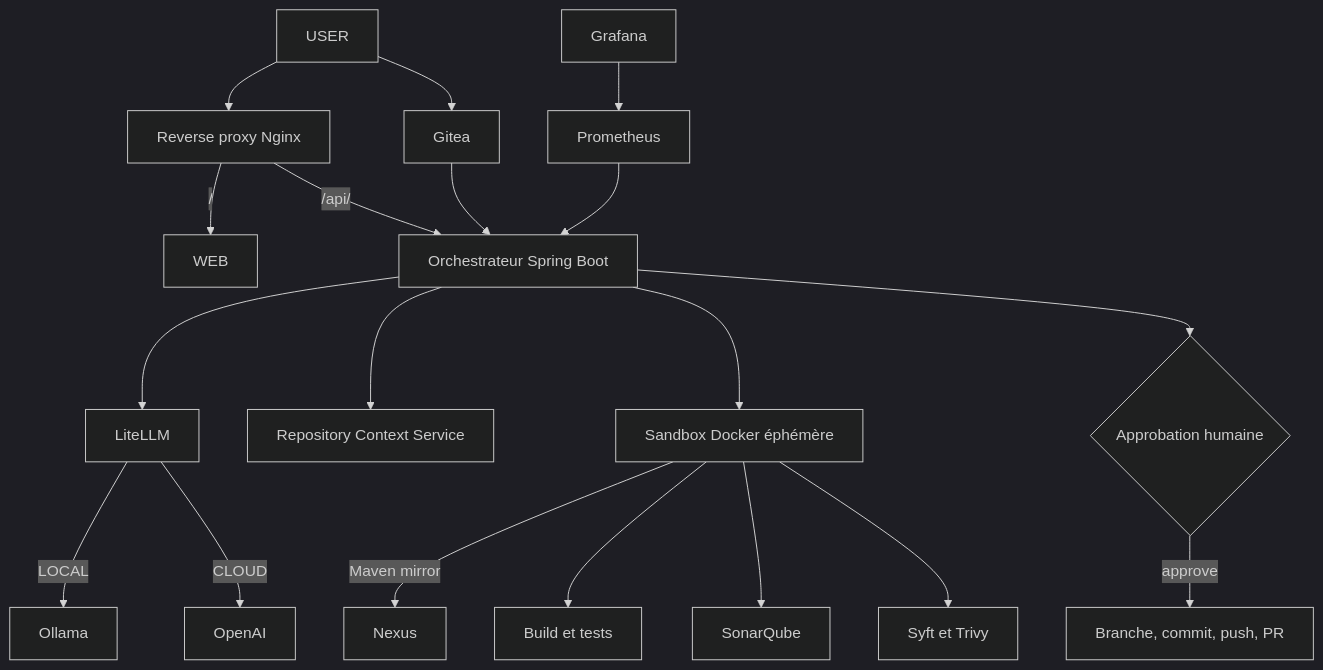
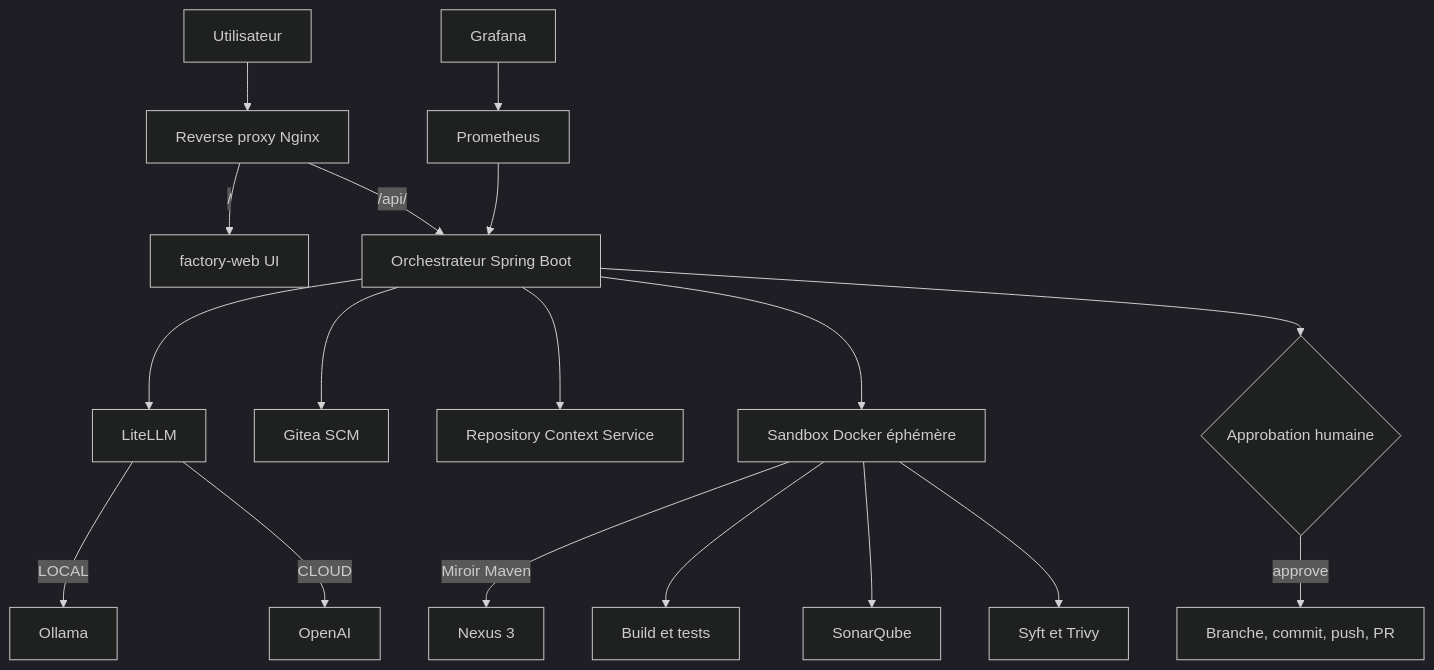
Before and after one commit to dbeaumont/ai-software-factory-local: the first of 3 diagrams in docs/architecture.md, drawn with Mermaid (dark theme). The commit also changed other lines of this file and 5 other files, not shown here.

````diff
--- a/docs/architecture.md
+++ b/docs/architecture.md
@@ -16,21 +16,20 @@
 ```mermaid
 flowchart TB
-  USER --> GITEA[Gitea]
-  USER --> PROXY[Reverse proxy Nginx]
-  PROXY -->|/| WEB
+  USER[Utilisateur] --> PROXY[Reverse proxy Nginx]
+  PROXY -->|/| WEB[factory-web UI]
   PROXY -->|/api/| ORCH[Orchestrateur Spring Boot]
   ORCH --> LLM[LiteLLM]
   LLM -->|LOCAL| OLLAMA[Ollama]
   LLM -->|CLOUD| OPENAI[OpenAI]
-  GITEA --> ORCH
+  ORCH --> GITEA[Gitea SCM]
   ORCH --> CTX[Repository Context Service]
   ORCH --> SANDBOX[Sandbox Docker éphémère]
-  SANDBOX -->|Maven mirror| NEXUS[Nexus]
+  SANDBOX -->|Miroir Maven| NEXUS[Nexus 3]
   SANDBOX --> TESTS[Build et tests]
   SANDBOX --> SONAR[SonarQube]
   SANDBOX --> SEC[Syft et Trivy]
   ORCH --> APPROVAL{Approbation humaine}
   APPROVAL -->|approve| PR[Branche, commit, push, PR]
   PROM[Prometheus] --> ORCH
   GRAF[Grafana] --> PROM
 ```
````
